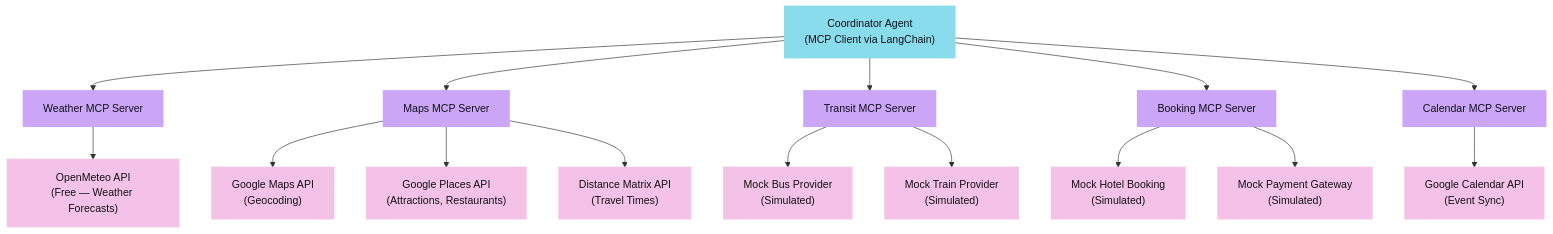
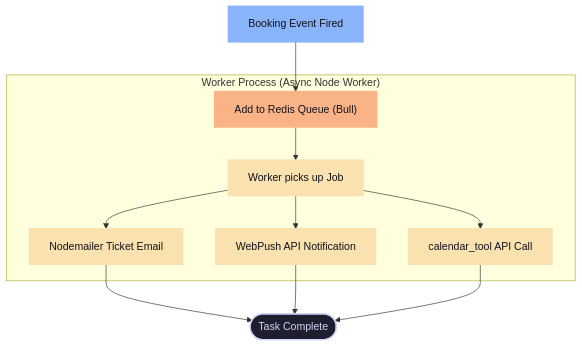
The eighth of 12 diagrams in README.md (Dhayananth1511/CapStoneProject_Presidio_InternShip), drawn with Mermaid before and after one commit. The commit also changed other lines of this file, not shown here.

Commit message:
Final Flow Chart

````diff
--- a/README.md
+++ b/README.md
@@ -478,30 +614,20 @@
 ```mermaid
 graph TD
     classDef default fill:#1e1e2e,stroke:#cdd6f4,stroke-width:2px,color:#cdd6f4;
-    classDef agent fill:#f9e2af,stroke:#f9e2af,stroke-width:2px,color:#11111b;
-    classDef mcp fill:#cba6f7,stroke:#cba6f7,stroke-width:2px,color:#11111b;
-    classDef api fill:#f5c2e7,stroke:#f5c2e7,stroke-width:2px,color:#11111b;
-    classDef coord fill:#89dceb,stroke:#89dceb,stroke-width:2px,color:#11111b;
+    classDef producer fill:#89b4fa,stroke:#89b4fa,stroke-width:2px,color:#11111b;
+    classDef consumer fill:#f9e2af,stroke:#f9e2af,stroke-width:2px,color:#11111b;
+    classDef queue fill:#fab387,stroke:#fab387,stroke-width:2px,color:#11111b;
 
-    CoordAgent["Coordinator Agent<br/>(MCP Client via LangChain)"]:::coord
+    BookingEvent["Booking Event Fired"]:::producer --> DirectQueue["Add to Redis Queue (Bull)"]:::queue
+    
+    subgraph BullQueueProcessor ["Worker Process (Async Node Worker)"]
+        DirectQueue --> JobPickup["Worker picks up Job"]:::consumer
+        JobPickup --> EmailTask["Nodemailer Ticket Email"]:::consumer
+        JobPickup --> PushTask["WebPush API Notification"]:::consumer
+        JobPickup --> CalSyncTask["calendar_tool API Call"]:::consumer
+    end
 
-    CoordAgent --> WeatherMCP["Weather MCP Server"]:::mcp
-    CoordAgent --> MapsMCP["Maps MCP Server"]:::mcp
-    CoordAgent --> TransitMCP["Transit MCP Server"]:::mcp
-    CoordAgent --> BookingMCP["Booking MCP Server"]:::mcp
-    CoordAgent --> CalendarMCP["Calendar MCP Server"]:::mcp
-
-    WeatherMCP --> OpenMeteo["OpenMeteo API<br/>(Free — Weather Forecasts)"]:::api
-
-    MapsMCP --> GMaps["Google Maps API<br/>(Geocoding)"]:::api
-    MapsMCP --> Places["Google Places API<br/>(Attractions, Restaurants)"]:::api
-    MapsMCP --> Distance["Distance Matrix API<br/>(Travel Times)"]:::api
-
-    TransitMCP --> MockBus["Mock Bus Provider<br/>(Simulated)"]:::api
-    TransitMCP --> MockTrain["Mock Train Provider<br/>(Simulated)"]:::api
-
-    BookingMCP --> MockHotel["Mock Hotel Booking<br/>(Simulated)"]:::api
-    BookingMCP --> MockPayment["Mock Payment Gateway<br/>(Simulated)"]:::api
-
-    CalendarMCP --> GCalendar["Google Calendar API<br/>(Event Sync)"]:::api
+    EmailTask --> Done(["Task Complete"])
+    PushTask --> Done
+    CalSyncTask --> Done
 ```
````
